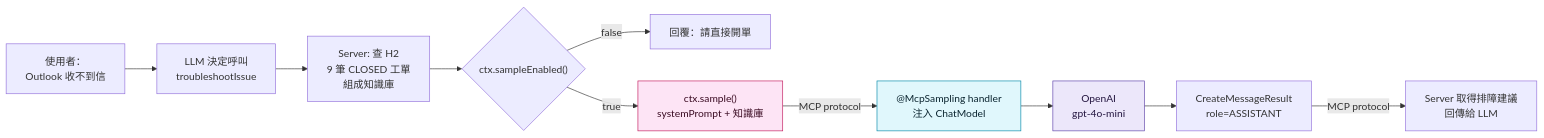
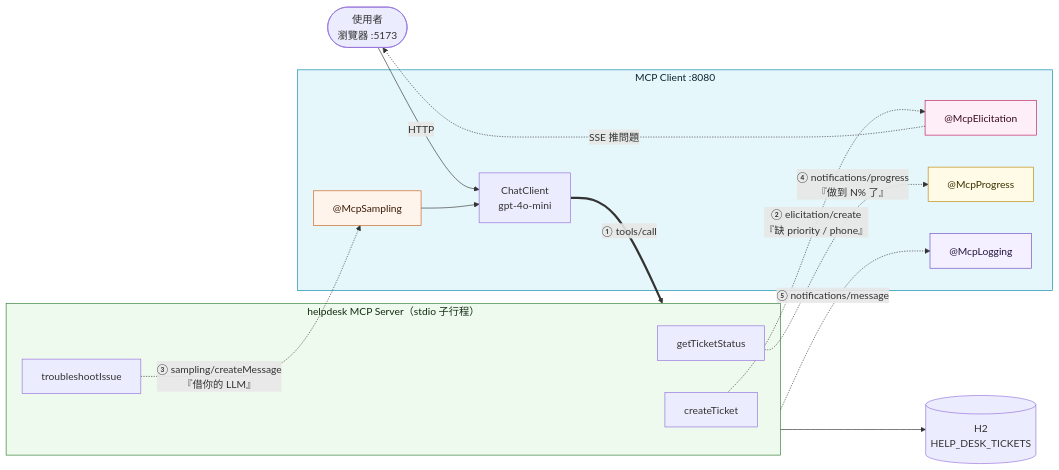
Before and after one commit to tonysk0210/springai-mcp-stdio: the first of 3 diagrams in README.md, drawn with Mermaid. The commit also changed other lines of this file and 1 other file, not shown here.

````diff
--- a/README.md
+++ b/README.md
@@ -120,16 +88,39 @@
 ```mermaid
 flowchart LR
-    A["使用者：<br/>Outlook 收不到信"] --> B[LLM 決定呼叫<br/>troubleshootIssue]
-    B --> C["Server: 查 H2<br/>9 筆 CLOSED 工單<br/>組成知識庫"]
-    C --> D{"ctx.sampleEnabled()"}
-    D -->|false| E["回覆：請直接開單"]
-    D -->|true| F["ctx.sample()<br/>systemPrompt + 知識庫"]
-    F -->|MCP protocol| G["@McpSampling handler<br/>注入 ChatModel"]
-    G --> H["OpenAI<br/>gpt-4o-mini"]
-    H --> I["CreateMessageResult<br/>role=ASSISTANT"]
-    I -->|MCP protocol| J["Server 取得排障建議<br/>回傳給 LLM"]
+    U(["使用者<br/>瀏覽器 :5173"])
 
-    style F fill:#fde4f5,stroke:#c2185b,color:#3a0b22
-    style G fill:#e0f7fc,stroke:#0288a8,color:#0b2530
-    style H fill:#ece7fa,stroke:#5b3fa8,color:#241640
+    subgraph C["MCP Client :8080"]
+        CC["ChatClient<br/>gpt-4o-mini"]
+        EH["@McpElicitation"]
+        SH["@McpSampling"]
+        PH["@McpProgress"]
+        LH["@McpLogging"]
+    end
+
+    subgraph S["helpdesk MCP Server（stdio 子行程）"]
+        T1["createTicket"]
+        T2["troubleshootIssue"]
+        T3["getTicketStatus"]
+    end
+
+    DB[("H2<br/>HELP_DESK_TICKETS")]
+
+    U -->|HTTP| CC
+    CC ==>|"① tools/call"| S
+
+    T1 -.->|"② elicitation/create<br/>『缺 priority / phone』"| EH
+    EH -.->|SSE 推問題| U
+    T2 -.->|"③ sampling/createMessage<br/>『借你的 LLM』"| SH
+    T3 -.->|"④ notifications/progress<br/>『做到 N% 了』"| PH
+    S  -.->|"⑤ notifications/message"| LH
+
+    S --> DB
+    SH --> CC
+
+    style C fill:#e6f7fb,stroke:#0288a8,color:#0b2530
+    style S fill:#edfaed,stroke:#2e7d32,color:#122a14
+    style EH fill:#fdeef7,stroke:#c2185b,color:#3a0b22
+    style SH fill:#fff4ec,stroke:#c9631b,color:#3a1c08
+    style PH fill:#fffbe6,stroke:#b8860b,color:#3a3000
+    style LH fill:#f4f0ff,stroke:#6a4bc4,color:#241640
 ```
````
